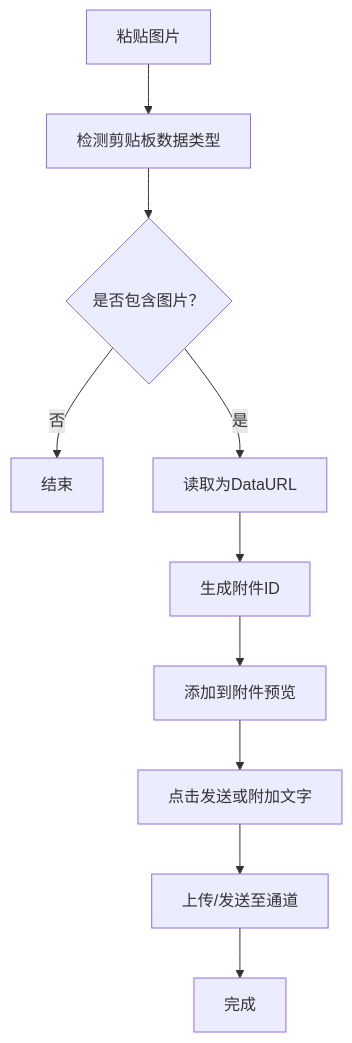
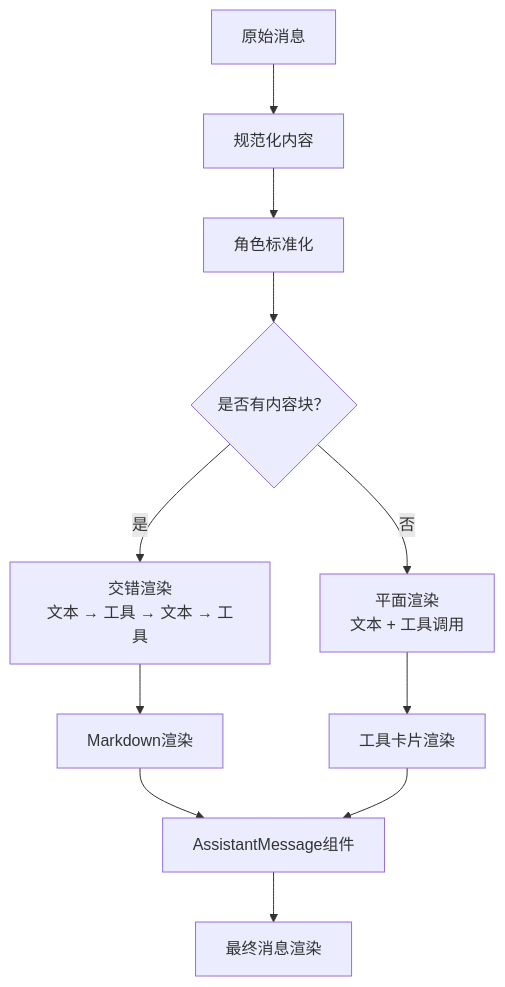
One commit to verse-ai-org/openclaw changed the fifth of 9 diagrams in .qoder/repowiki/zh/content/Web界面/WebChat界面.md. Above: the diagram before and after it, drawn with Mermaid. The commit also changed other lines of this file and 19 other files, not shown here.

````diff
--- a/.qoder/repowiki/zh/content/Web界面/WebChat界面.md
+++ b/.qoder/repowiki/zh/content/Web界面/WebChat界面.md
@@ -197,12 +297,13 @@
 ```mermaid
 flowchart TD
-Paste["粘贴图片"] --> Detect["检测剪贴板数据类型"]
-Detect --> HasImages{"是否包含图片？"}
-HasImages --> |否| End1["结束"]
-HasImages --> |是| Read["读取为DataURL"]
-Read --> GenID["生成附件ID"]
-GenID --> Preview["添加到附件预览"]
-Preview --> Send["点击发送或附加文字"]
-Send --> Upload["上传/发送至通道"]
-Upload --> End2["完成"]
+Message["原始消息"] --> Normalize["规范化内容"]
+Normalize --> Role["角色标准化"]
+Role --> Blocks{"是否有内容块？"}
+Blocks --> |是| Interleaved["交错渲染<br/>文本 → 工具 → 文本 → 工具"]
+Blocks --> |否| Flat["平面渲染<br/>文本 + 工具调用"]
+Interleaved --> Markdown["Markdown渲染"]
+Flat --> ToolCards["工具卡片渲染"]
+Markdown --> Components["AssistantMessage组件"]
+ToolCards --> Components
+Components --> Final["最终消息渲染"]
 ```
````
